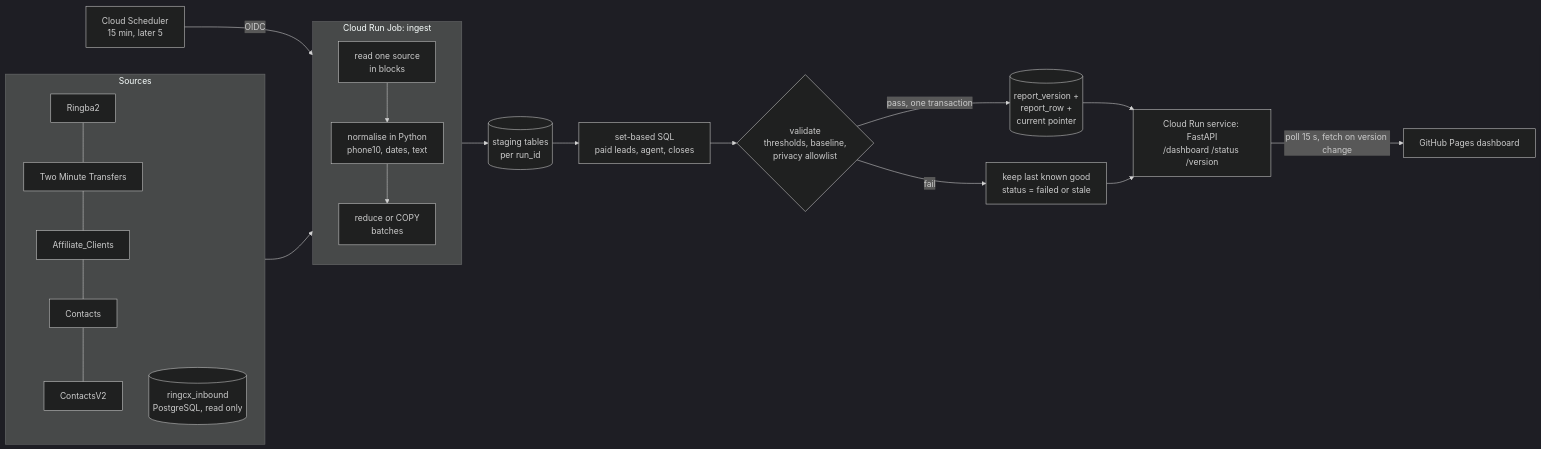
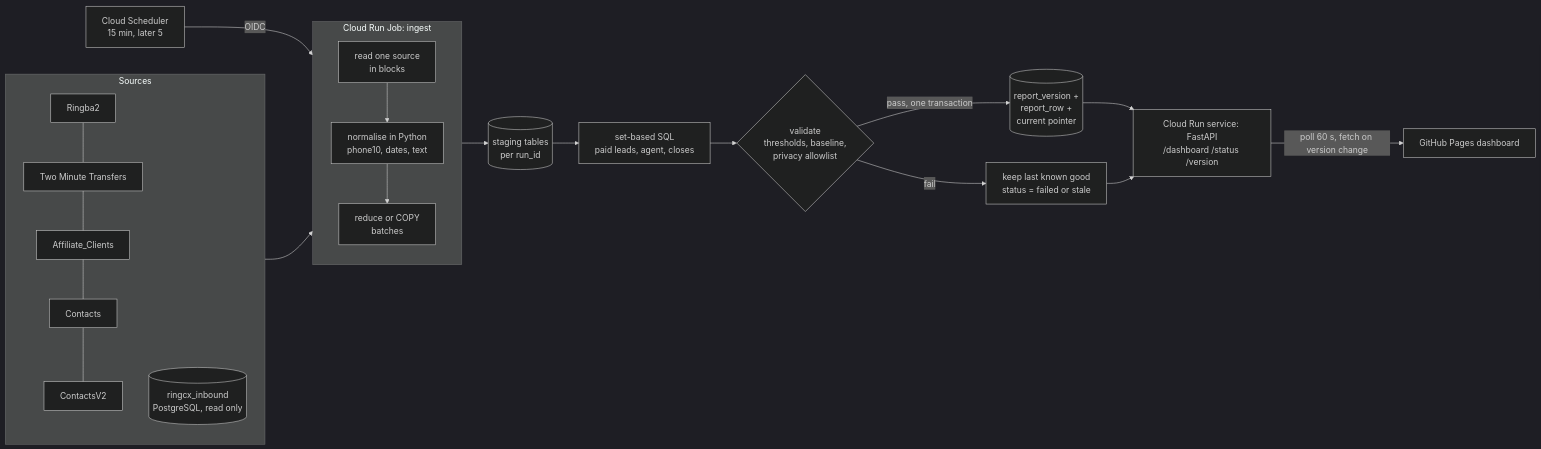
One commit to asiaph03/bff-transfers-report changed the diagram in docs/phase_c_design.md. Above: the diagram before and after it, drawn with Mermaid (dark theme). The commit also changed other lines of this file, not shown here.

````diff
--- a/docs/phase_c_design.md
+++ b/docs/phase_c_design.md
@@ -152,22 +152,22 @@
 ```mermaid
 flowchart LR
   subgraph Sources
     S1[Ringba2] --- S2[Two Minute Transfers] --- S3[Affiliate_Clients] --- S4[Contacts] --- S5[ContactsV2]
     PG[(ringcx_inbound\nPostgreSQL, read only)]
   end
   SCH[Cloud Scheduler\n15 min, later 5] -->|OIDC| JOB
   subgraph JOB[Cloud Run Job: ingest]
     direction TB
     R[read one source\nin blocks] --> N[normalise in Python\nphone10, dates, text]
     N --> RED[reduce or COPY\nbatches]
   end
   Sources --> R
   RED --> STG[(staging tables\nper run_id)]
   STG --> SQL[set-based SQL\npaid leads, agent, closes]
   SQL --> VAL{validate\nthresholds, baseline,\nprivacy allowlist}
   VAL -->|pass, one transaction| PUB[(report_version +\nreport_row +\ncurrent pointer)]
   VAL -->|fail| KEEP[keep last known good\nstatus = failed or stale]
   PUB --> API[Cloud Run service: FastAPI\n/dashboard /status /version]
   KEEP --> API
-  API -->|poll 15 s, fetch on version change| FE[GitHub Pages dashboard]
+  API -->|poll 60 s, fetch on version change| FE[GitHub Pages dashboard]
 ```
````
